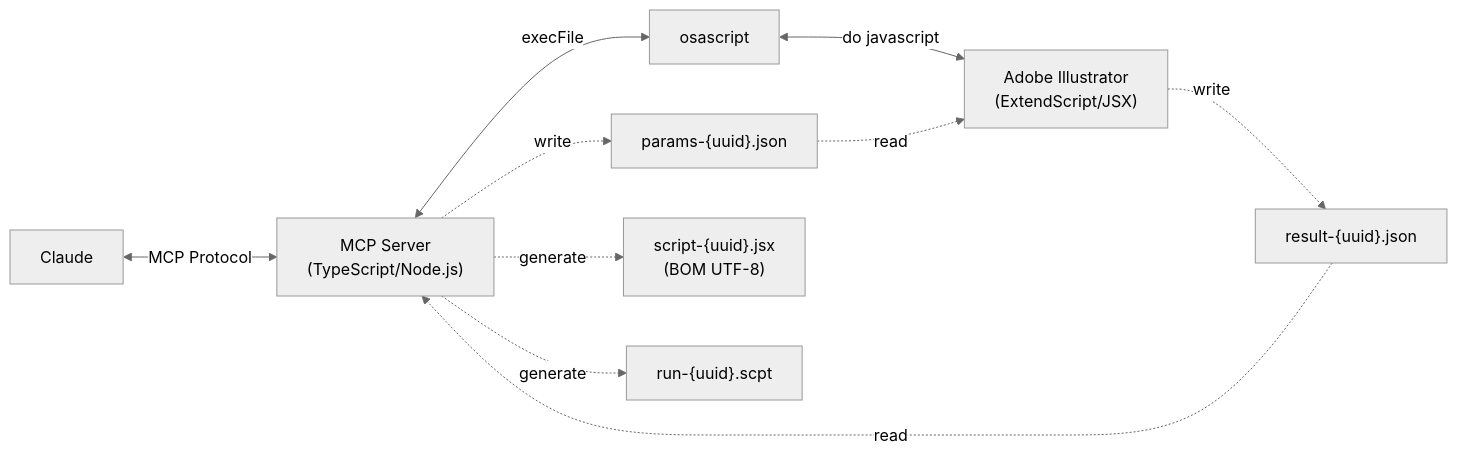
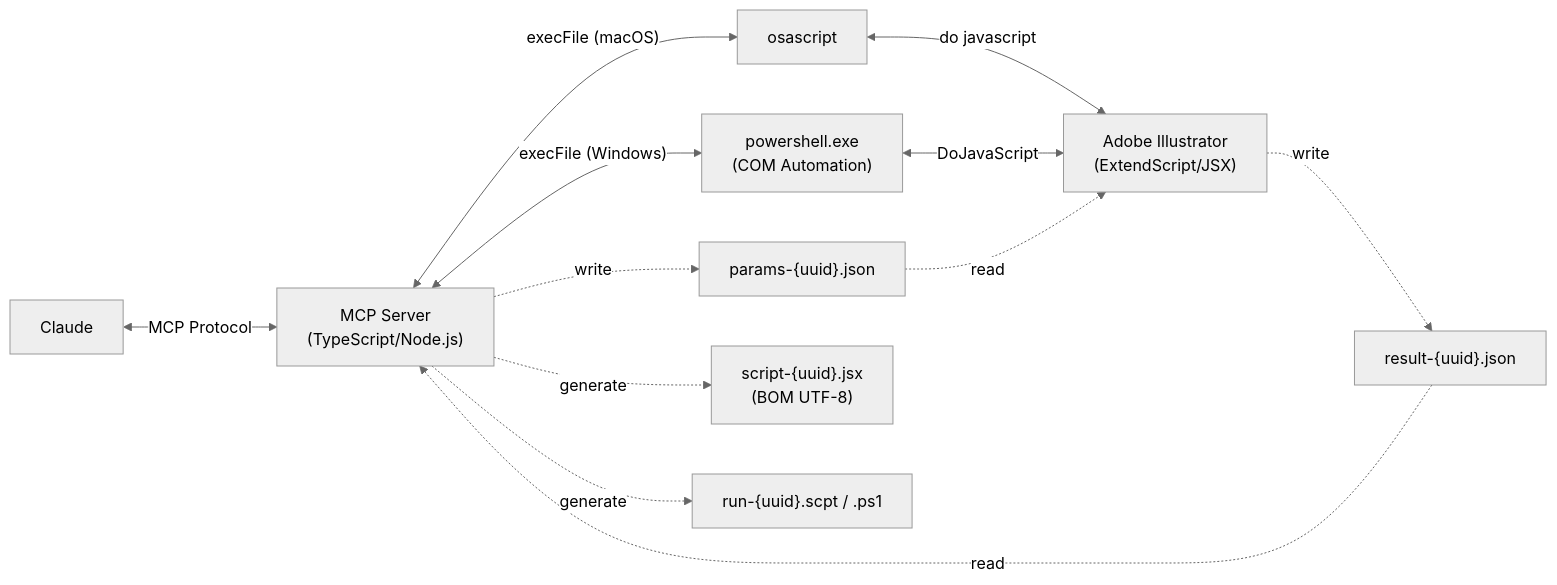
The diagram in README.ja.md (ie3jp/illustrator-mcp-server), drawn with Mermaid (neutral theme) before and after one commit. The commit also changed other lines of this file and 19 other files, not shown here.

````diff
--- a/README.ja.md
+++ b/README.ja.md
@@ -183,13 +185,15 @@
 ```mermaid
 flowchart LR
     Claude <-->|MCP Protocol| Server["MCP Server\n(TypeScript/Node.js)"]
-    Server <-->|execFile| osascript
+    Server <-->|"execFile (macOS)"| osascript
+    Server <-->|"execFile (Windows)"| PS["powershell.exe\n(COM Automation)"]
     osascript <-->|do javascript| AI["Adobe Illustrator\n(ExtendScript/JSX)"]
+    PS <-->|DoJavaScript| AI
 
     Server -.->|write| PF["params-{uuid}.json"]
     PF -.->|read| AI
     AI -.->|write| RF["result-{uuid}.json"]
     RF -.->|read| Server
     Server -.->|generate| JSX["script-{uuid}.jsx\n(BOM UTF-8)"]
-    Server -.->|generate| AS["run-{uuid}.scpt"]
+    Server -.->|generate| Runner["run-{uuid}.scpt / .ps1"]
 ```
````
